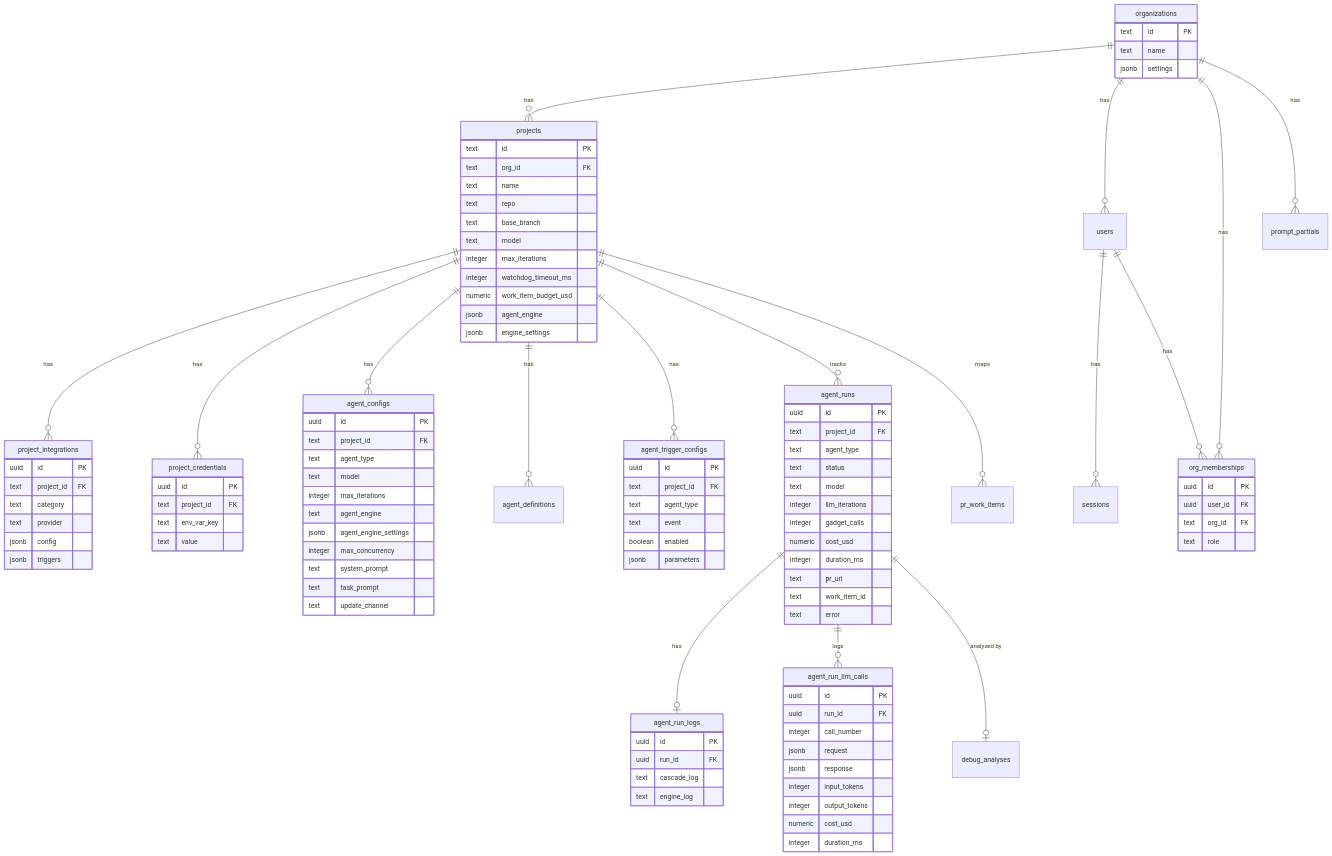
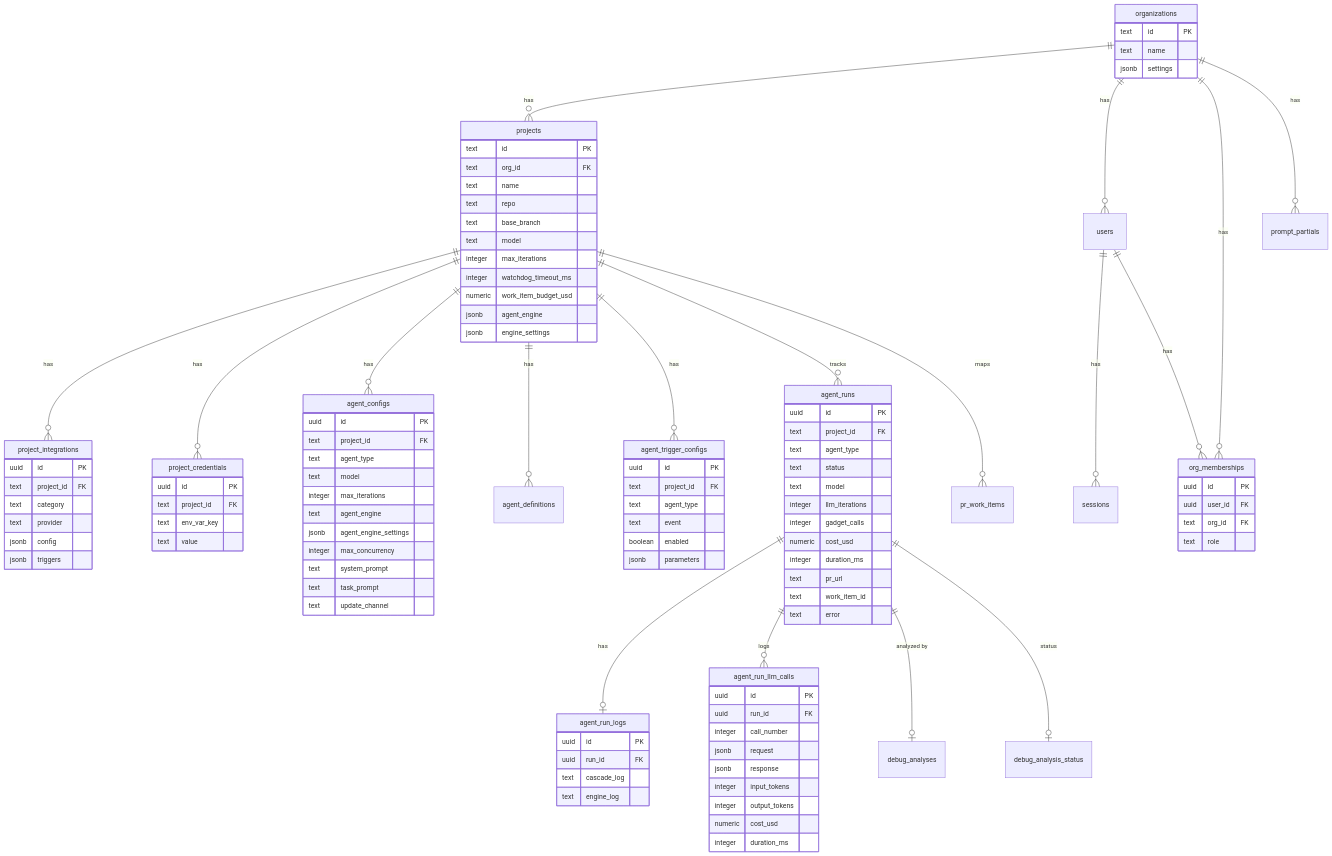
Before and after one commit to appsome/cascade: the diagram in docs/architecture/09-database.md, drawn with Mermaid. The commit also changed other lines of this file and 23 other files, not shown here.

First line of the commit message:
fix(api): make debug-analysis status durable and cross-process (#1453)

```diff
--- a/docs/architecture/09-database.md
+++ b/docs/architecture/09-database.md
@@ -24,6 +24,7 @@
     agent_runs ||--o| agent_run_logs : "has"
     agent_runs ||--o{ agent_run_llm_calls : "logs"
     agent_runs ||--o| debug_analyses : "analyzed by"
+    agent_runs ||--o| debug_analysis_status : "status"
 
     users ||--o{ sessions : "has"
     users ||--o{ org_memberships : "has"
```
